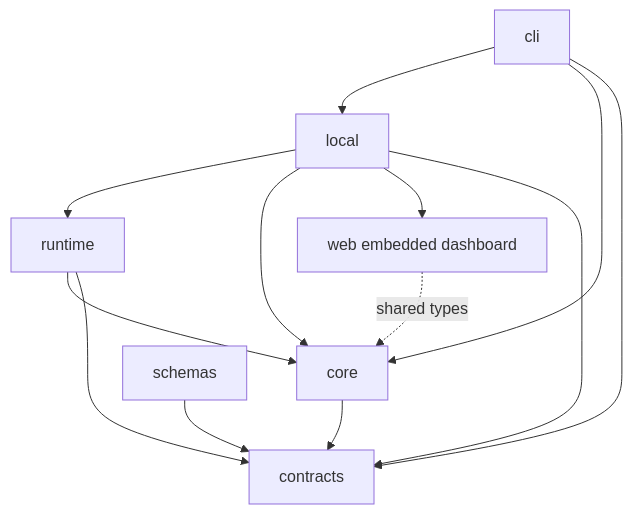
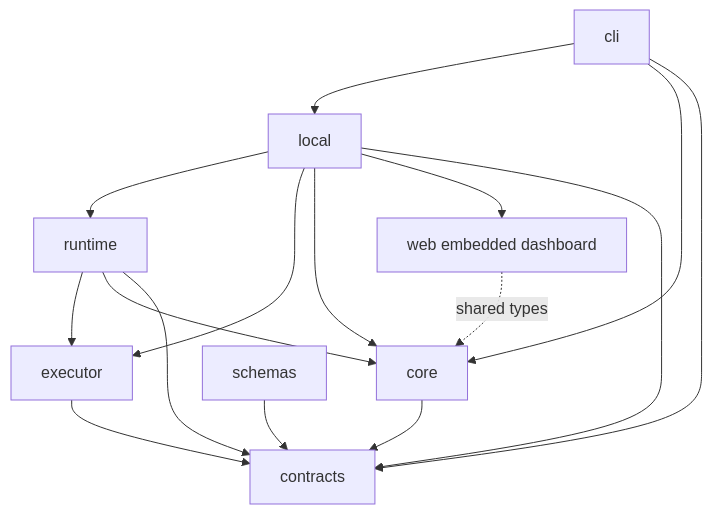
The diagram in docs/ARCHITECTURE.md (hatim-s/attest), drawn with Mermaid before and after one commit. The commit also changed other lines of this file and 132 other files, not shown here.

Commit message:
refactor(runtime): extract executor and add isolated lifecycle hooks

````diff
--- a/docs/ARCHITECTURE.md
+++ b/docs/ARCHITECTURE.md
@@ -5,15 +5,18 @@
 ```mermaid
 graph TD
   CLI[cli] --> Local[local]
   Local --> Runtime[runtime]
+  Local --> Executor
   Local --> Core[core]
   Local --> Web[web embedded dashboard]
+  Runtime --> Executor[executor]
+  Executor --> Contracts
   Runtime --> Core
   Core --> Contracts[contracts]
   Runtime --> Contracts
   Local --> Contracts
   CLI --> Core
   CLI --> Contracts
   Web -. shared types .-> Core
   Schemas[schemas] --> Contracts
 ```
````
